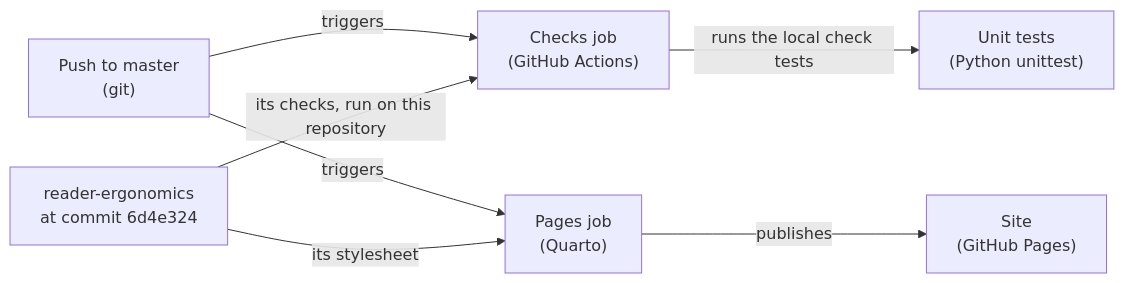
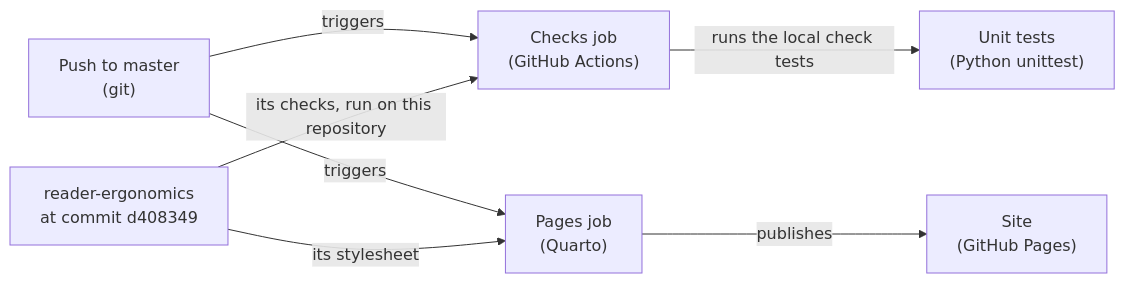
Before and after one commit to Tewf/reader-ergonomics-software-design: the diagram in shapes/system-diagram.md, drawn with Mermaid. The commit also changed other lines of this file and 28 other files, not shown here.

First line of the commit message:
Move to reader-ergonomics v1.3.0 and extend its decision record

````diff
--- a/shapes/system-diagram.md
+++ b/shapes/system-diagram.md
@@ -80,9 +80,9 @@
 ```mermaid
 flowchart LR
     push["Push to master<br/>(git)"] -->|"triggers"| checks["Checks job<br/>(GitHub Actions)"]
-    standard["reader-ergonomics<br/>at commit 6d4e324"] -->|"its checks, run on this repository"| checks
+    standard["reader-ergonomics<br/>at commit d408349"] -->|"its checks, run on this repository"| checks
     checks -->|"runs the local check tests"| tests["Unit tests<br/>(Python unittest)"]
     push -->|"triggers"| pages["Pages job<br/>(Quarto)"]
     standard -->|"its stylesheet"| pages
     pages -->|"publishes"| site["Site<br/>(GitHub Pages)"]
 ```
````
